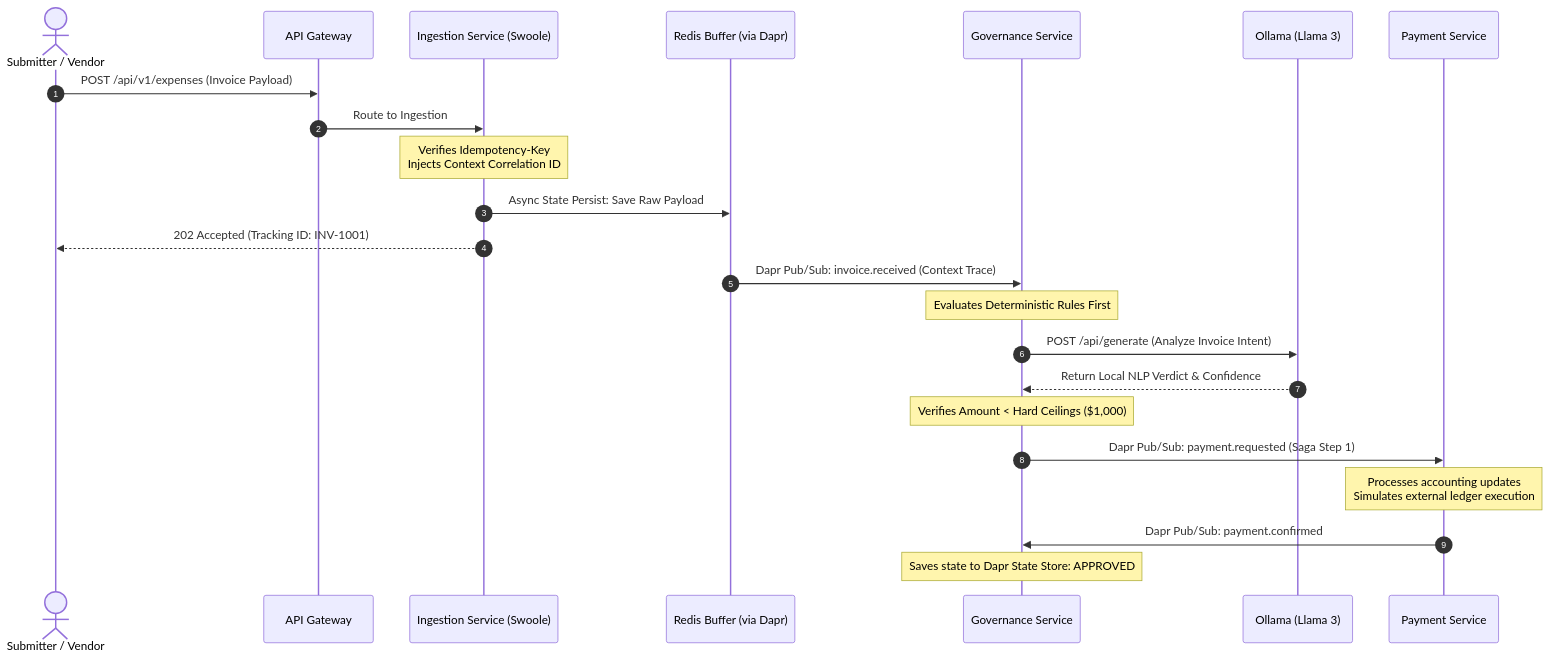
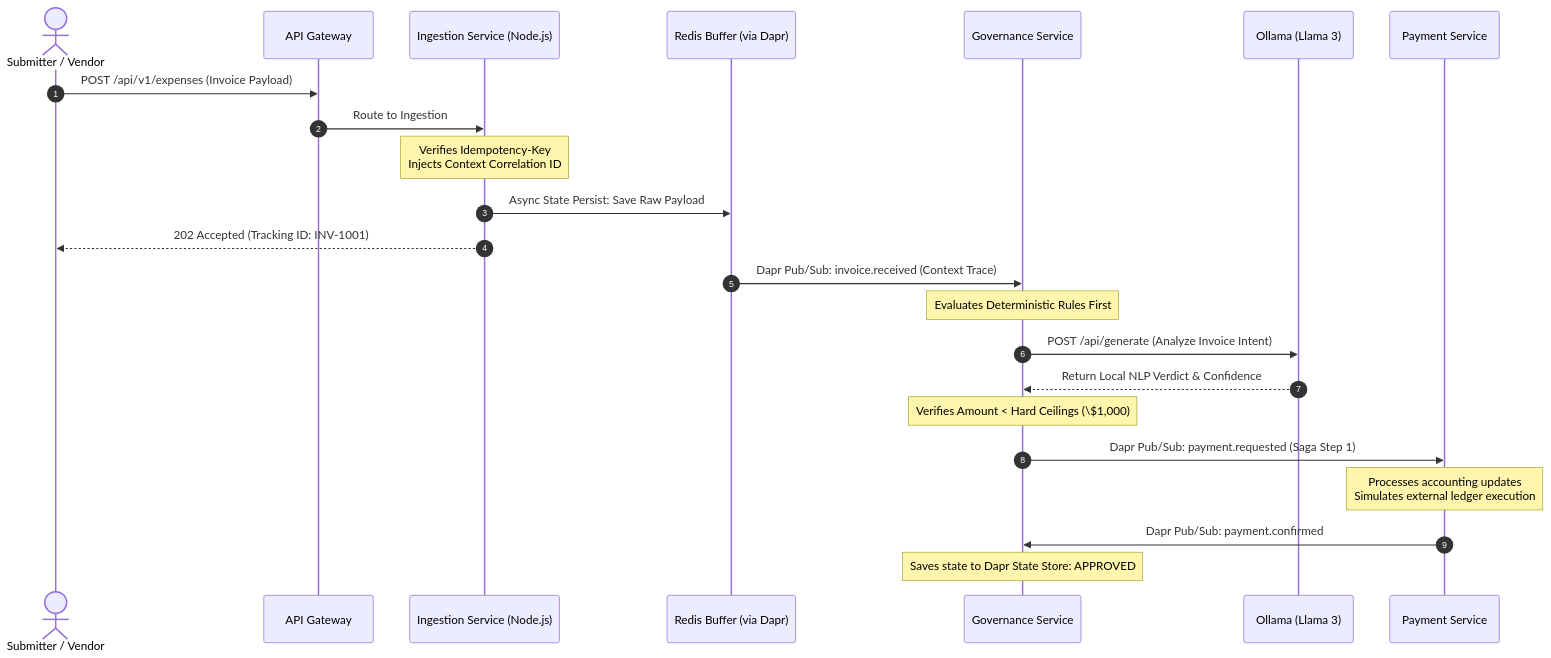
One commit to roman-shneer/InvoiceApprovalFlow changed the second of 4 diagrams in docs/ARCHITECTURE.md. Above: the diagram before and after it, drawn with Mermaid. The commit also changed other lines of this file and 11 other files, not shown here.

Commit message:
feat(ingestion): migrate ingestion-service from PHP Swoole to Node.js

````diff
--- a/docs/ARCHITECTURE.md
+++ b/docs/ARCHITECTURE.md
@@ -65,30 +65,30 @@
 ```mermaid
 sequenceDiagram
     autonumber
     actor Vendor as Submitter / Vendor
     participant GW as API Gateway
-    participant IS as Ingestion Service (Swoole)
+    participant IS as Ingestion Service (Node.js)
     participant R as Redis Buffer (via Dapr)
     participant GS as Governance Service
     participant OL as Ollama (Llama 3)
     participant PS as Payment Service
 
     Vendor->>GW: POST /api/v1/expenses (Invoice Payload)
     GW->>IS: Route to Ingestion
     Note over IS: Verifies Idempotency-Key<br/>Injects Context Correlation ID
     IS->>R: Async State Persist: Save Raw Payload
     IS-->>Vendor: 202 Accepted (Tracking ID: INV-1001)
     
     R->>GS: Dapr Pub/Sub: invoice.received (Context Trace)
     
     Note over GS: Evaluates Deterministic Rules First
     GS->>OL: POST /api/generate (Analyze Invoice Intent)
     OL-->>GS: Return Local NLP Verdict & Confidence
-    Note over GS: Verifies Amount < Hard Ceilings ($1,000)
+    Note over GS: Verifies Amount < Hard Ceilings (\$1,000)
     
     GS->>PS: Dapr Pub/Sub: payment.requested (Saga Step 1)
     
     Note over PS: Processes accounting updates<br/>Simulates external ledger execution
     PS->>GS: Dapr Pub/Sub: payment.confirmed
     Note over GS: Saves state to Dapr State Store: APPROVED
 ```
````
